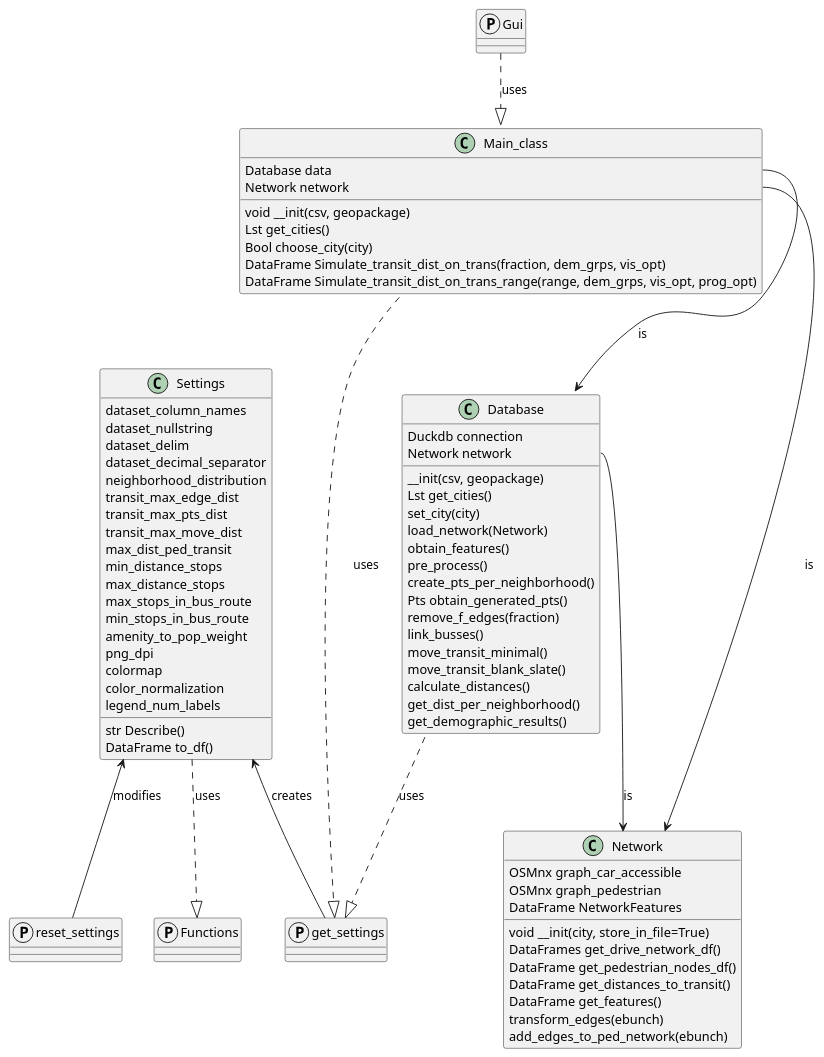
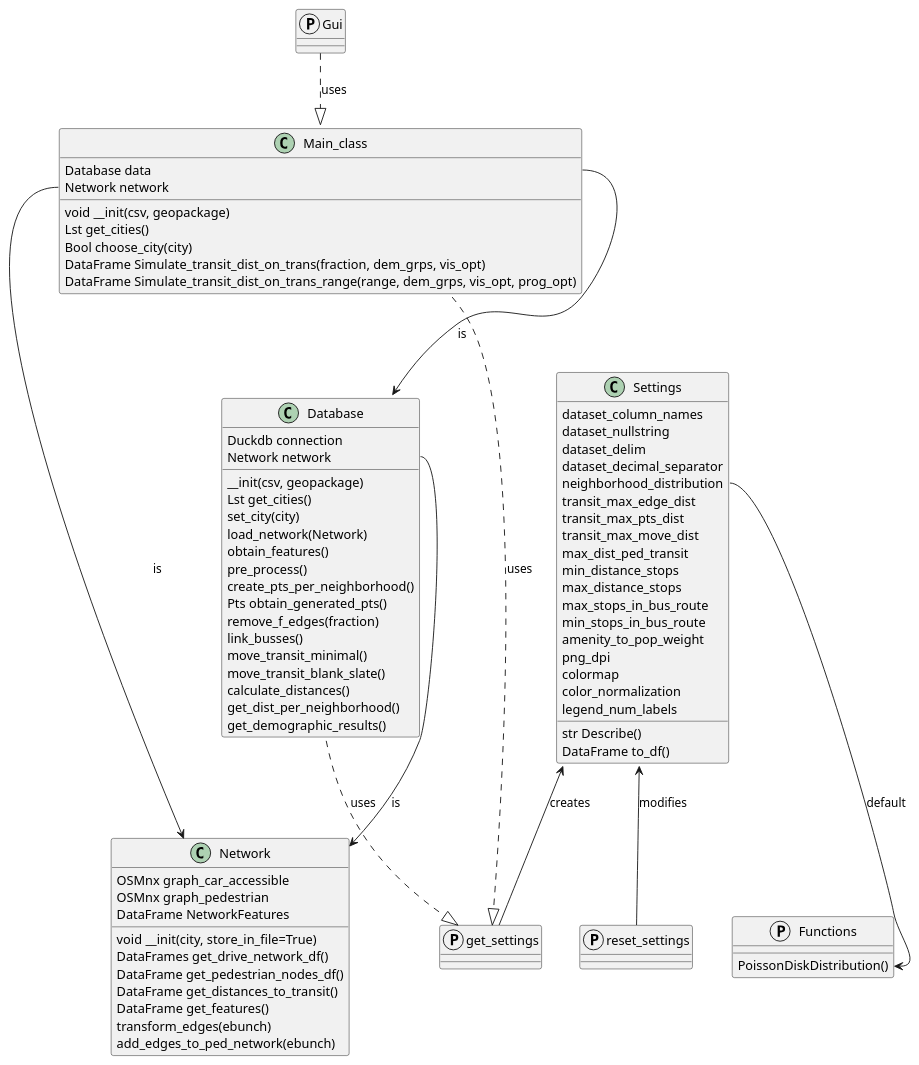
One commit to Tobias0107/STDAP changed the diagram in Project-Overview/Design/Outer_design/uml_tobias.plantuml. Above: the diagram before and after it, drawn with PlantUML. The commit also changed 5 other files, not shown here.

```diff
--- a/Project-Overview/Design/Outer_design/uml_tobias.plantuml
+++ b/Project-Overview/Design/Outer_design/uml_tobias.plantuml
@@ -3,102 +3,104 @@
 @startuml class UML
 
 ''''''''''''''''''''''''''''''''''''''
 '''''' Defining all classes ''''''''''
 ''''''''''''''''''''''''''''''''''''''
 ' Main class (choose city also does the preprocessing / data_extraction)
 class Main_class {
     Database data
     Network network
 
     void __init(csv, geopackage)
     Lst get_cities()
     Bool choose_city(city)
     DataFrame Simulate_transit_dist_on_trans(fraction, dem_grps, vis_opt)
     DataFrame Simulate_transit_dist_on_trans_range(range, dem_grps, vis_opt, prog_opt)
 }
 
 ' Wrapper class for the entire database. For database structure, see outer_design.
 ' Data consists of the csv, geopackage, network nodes.
 class Database {
     Duckdb connection
     Network network
 
     __init(csv, geopackage)
     Lst get_cities()
     set_city(city)
     load_network(Network)
     obtain_features()
     pre_process()
     create_pts_per_neighborhood()
     Pts obtain_generated_pts()
     remove_f_edges(fraction)
     link_busses()
     move_transit_minimal()
     move_transit_blank_slate()
     calculate_distances()
     get_dist_per_neighborhood()
     get_demographic_results()
 }
 
 ' Wrapper for interacting with the network. All information about the nodes is stored
 ' in the database.
 class Network {
     OSMnx graph_car_accessible
     OSMnx graph_pedestrian
     DataFrame NetworkFeatures
     void __init(city, store_in_file=True)
     DataFrames get_drive_network_df()
     DataFrame get_pedestrian_nodes_df()
     DataFrame get_distances_to_transit()
     DataFrame get_features()
     transform_edges(ebunch)
     add_edges_to_ped_network(ebunch)
 }
 
 class Settings {
     dataset_column_names
     dataset_nullstring
     dataset_delim
     dataset_decimal_separator
     neighborhood_distribution
     transit_max_edge_dist
     transit_max_pts_dist
     transit_max_move_dist
     max_dist_ped_transit
     min_distance_stops
     max_distance_stops
     max_stops_in_bus_route
     min_stops_in_bus_route
     amenity_to_pop_weight
     png_dpi
     colormap
     color_normalization
     legend_num_labels
 
     str Describe()
     DataFrame to_df()
 }
 
-protocol Functions
+protocol Functions {
+    PoissonDiskDistribution()
+}
 protocol get_settings
 protocol reset_settings
 
 ' Gui is separate from the Main_class and uses this main class to run the Gui.
 protocol Gui
 
 ''''''''''''''''''''''''''''''''''''''
 '''''' Defining relations ''''''''''''
 ''''''''''''''''''''''''''''''''''''''
 Main_class::data --> Database : is
 Main_class::network --> Network : is
 Main_class ..|> get_settings : uses
 Database ..|> get_settings : uses
-Settings ..|> Functions : uses
+Settings::neighborhood_distribution --> Functions::PoissonDiskDistribution : default
 Settings <-- get_settings : creates
 Settings <-- reset_settings : modifies
 
 Database::network --> Network : is
 
 Gui ..|> Main_class : uses
 
 @enduml
```
